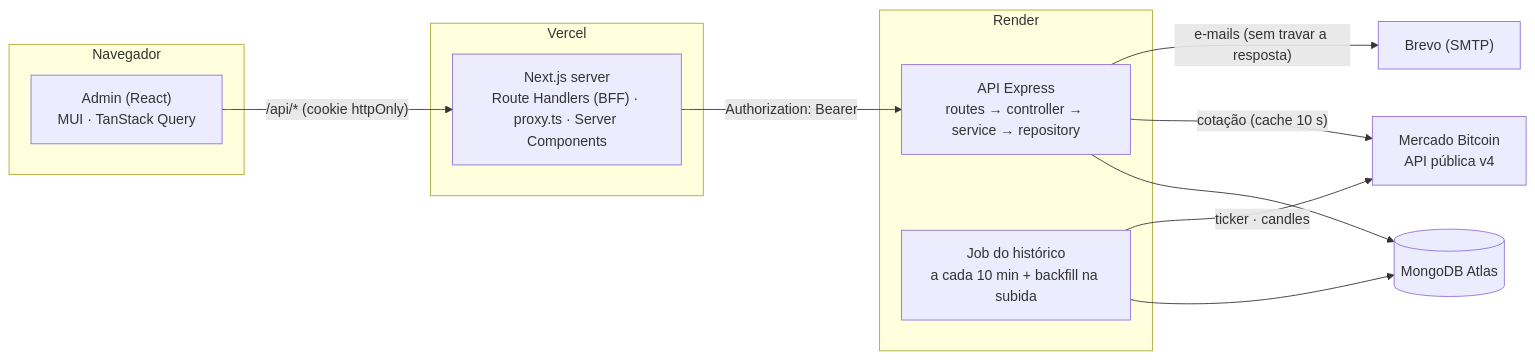
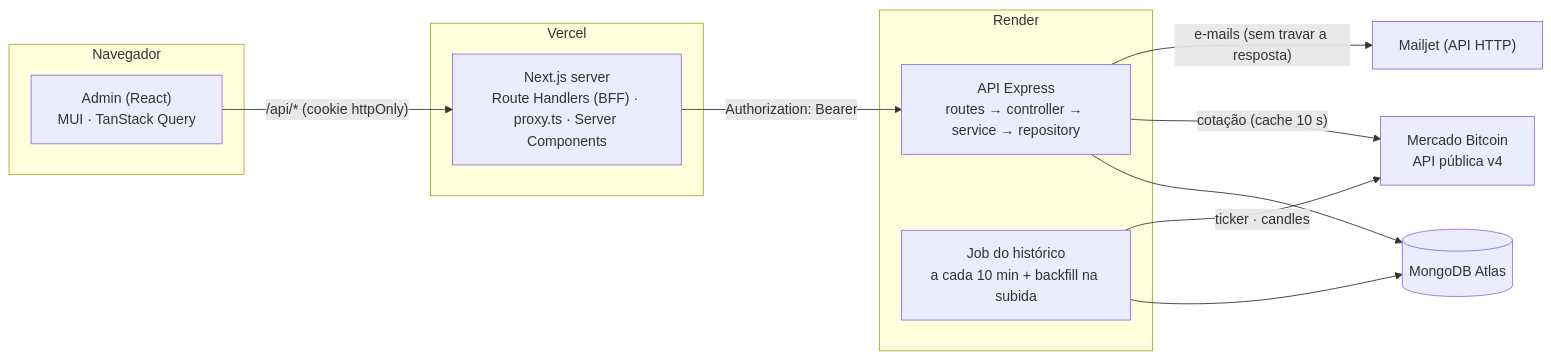
The first of 3 diagrams in docs/architecture.md (ton-ayr/Bitcoinzz), drawn with Mermaid before and after one commit. The commit also changed other lines of this file and 22 other files, not shown here.

````diff
--- a/docs/architecture.md
+++ b/docs/architecture.md
@@ -7,24 +7,24 @@
 ```mermaid
 flowchart LR
   subgraph Navegador
     UI["Admin (React)<br/>MUI · TanStack Query"]
   end
   subgraph Vercel
     WEB["Next.js server<br/>Route Handlers (BFF) · proxy.ts · Server Components"]
   end
   subgraph Render
     API["API Express<br/>routes → controller → service → repository"]
     JOB["Job do histórico<br/>a cada 10 min + backfill na subida"]
   end
   DB[("MongoDB Atlas")]
   MB["Mercado Bitcoin<br/>API pública v4"]
-  MAIL["Brevo (SMTP)"]
+  MAIL["Mailjet (API HTTP)"]
 
   UI -- "/api/* (cookie httpOnly)" --> WEB
   WEB -- "Authorization: Bearer" --> API
   API --> DB
   JOB --> DB
   API -- "cotação (cache 10 s)" --> MB
   JOB -- "ticker · candles" --> MB
   API -- "e-mails (sem travar a resposta)" --> MAIL
 ```
````
